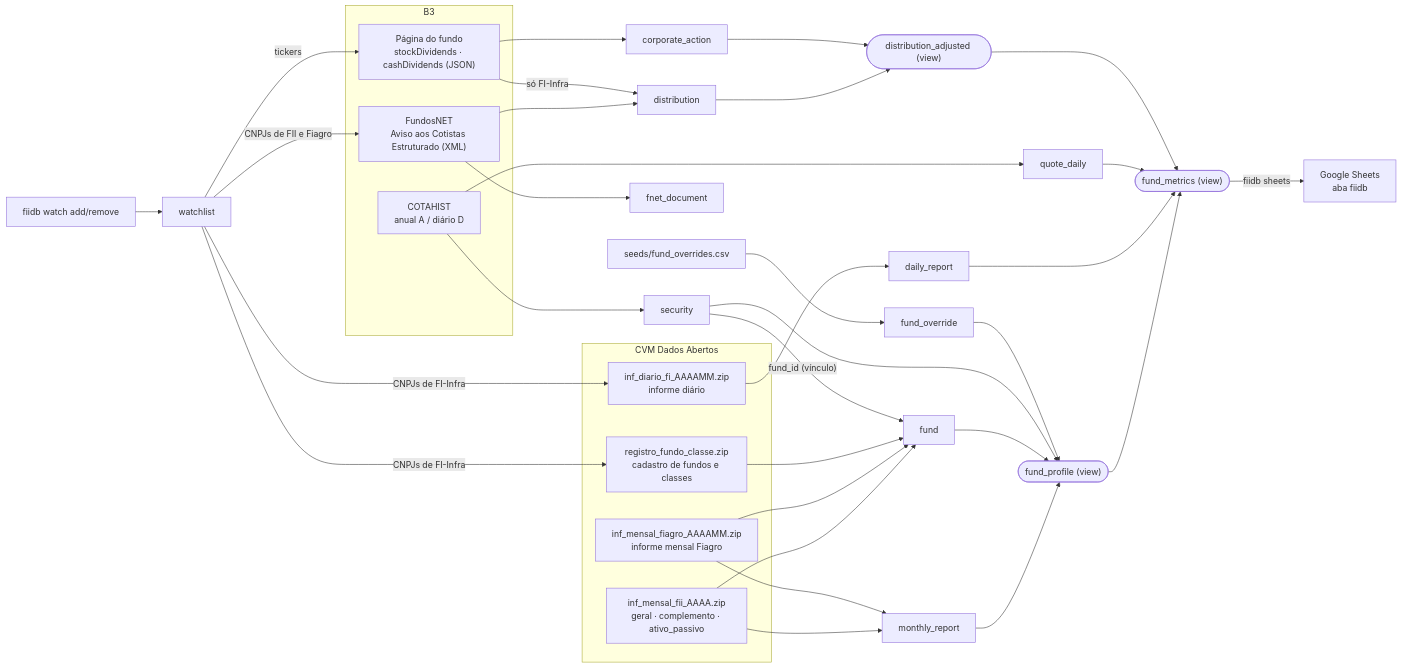
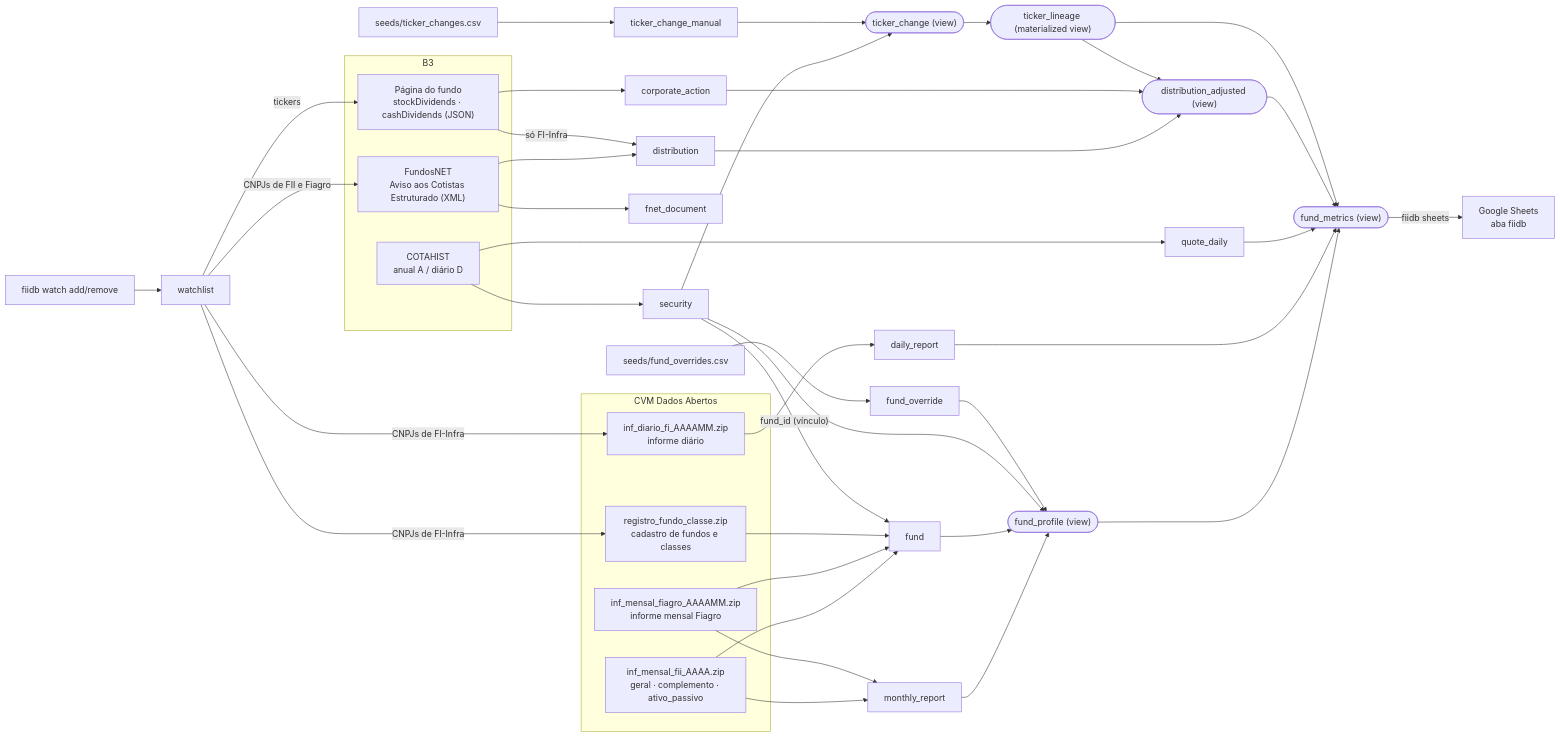
The first of 2 diagrams in docs/ingestion.md (joao-sallaberry/fiidb), drawn with Mermaid before and after one commit. The commit also changed other lines of this file and 13 other files, not shown here.

````diff
--- a/docs/ingestion.md
+++ b/docs/ingestion.md
@@ -8,48 +8,55 @@
 ```mermaid
 flowchart LR
     subgraph CVM["CVM Dados Abertos"]
         IM["inf_mensal_fii_AAAA.zip<br/>geral · complemento · ativo_passivo"]
         IA["inf_mensal_fiagro_AAAAMM.zip<br/>informe mensal Fiagro"]
         RG["registro_fundo_classe.zip<br/>cadastro de fundos e classes"]
         ID["inf_diario_fi_AAAAMM.zip<br/>informe diário"]
     end
     subgraph B3
         CH["COTAHIST<br/>anual A / diário D"]
         FN["FundosNET<br/>Aviso aos Cotistas Estruturado (XML)"]
         BF["Página do fundo<br/>stockDividends · cashDividends (JSON)"]
     end
     SEED["seeds/fund_overrides.csv"]
+    SEED2["seeds/ticker_changes.csv"]
     CLI["fiidb watch add/remove"]
 
     IM --> fund
     IM --> monthly_report
     IA --> fund
     IA --> monthly_report
     CH --> quote_daily
     CH --> security
     CLI --> watchlist
     watchlist -- "CNPJs de FII e Fiagro" --> FN
     FN --> fnet_document
     FN --> distribution
     watchlist -- "tickers" --> BF
     BF --> corporate_action
     BF -- "só FI-Infra" --> distribution
     watchlist -- "CNPJs de FI-Infra" --> RG
     RG --> fund
     watchlist -- "CNPJs de FI-Infra" --> ID
     ID --> daily_report
     SEED --> fund_override
+    SEED2 --> ticker_change_manual
 
     security -- "fund_id (vínculo)" --> fund
     monthly_report --> fund_profile(["fund_profile (view)"])
     fund --> fund_profile
     security --> fund_profile
     fund_override --> fund_profile
     fund_profile --> fund_metrics(["fund_metrics (view)"])
     daily_report --> fund_metrics
     quote_daily --> fund_metrics
     distribution --> distribution_adjusted(["distribution_adjusted (view)"])
     corporate_action --> distribution_adjusted
     distribution_adjusted --> fund_metrics
+    security --> ticker_change(["ticker_change (view)"])
+    ticker_change_manual --> ticker_change
+    ticker_change --> ticker_lineage(["ticker_lineage (materialized view)"])
+    ticker_lineage --> distribution_adjusted
+    ticker_lineage --> fund_metrics
     fund_metrics -- "fiidb sheets" --> SHEET["Google Sheets<br/>aba fiidb"]
 ```
````
